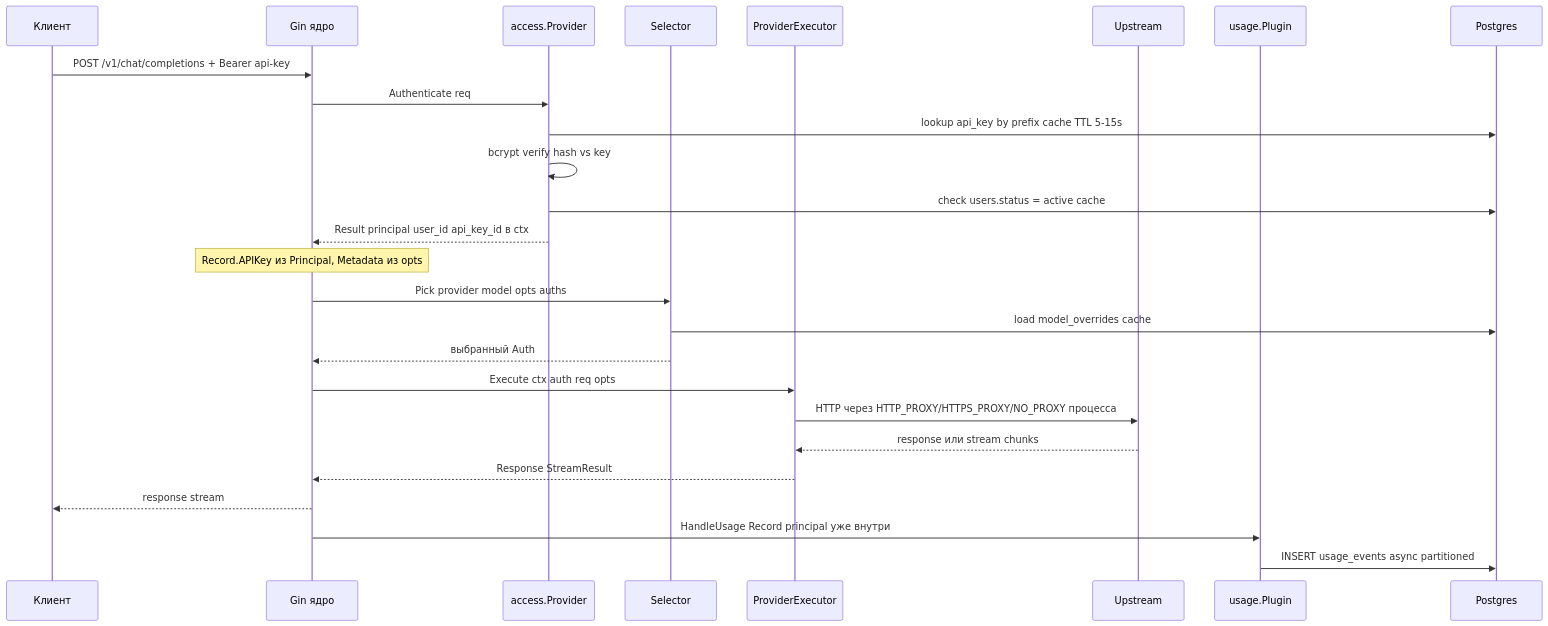
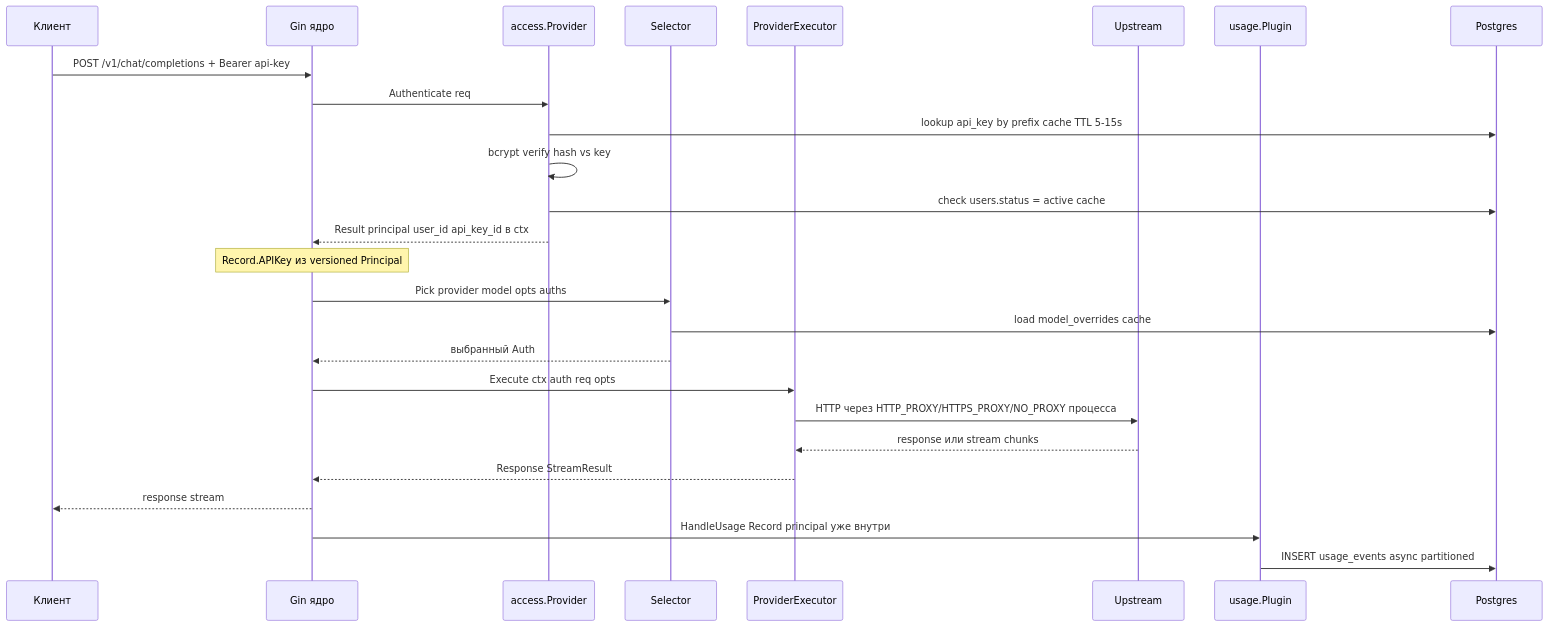
One commit to ilyast91/CLIProxyNew changed the third of 7 diagrams in docs/architecture.md. Above: the diagram before and after it, drawn with Mermaid. The commit also changed other lines of this file and 10 other files, not shown here.

````diff
--- a/docs/architecture.md
+++ b/docs/architecture.md
@@ -140,29 +140,29 @@
 ```mermaid
 sequenceDiagram
     participant App as Клиент
     participant Gin as Gin ядро
     participant AP as access.Provider
     participant Sel as Selector
     participant Exec as ProviderExecutor
     participant Up as Upstream
     participant USG as usage.Plugin
     participant DB as Postgres
 
     App->>Gin: POST /v1/chat/completions + Bearer api-key
     Gin->>AP: Authenticate req
     AP->>DB: lookup api_key by prefix cache TTL 5-15s
     AP->>AP: bcrypt verify hash vs key
     AP->>DB: check users.status = active cache
     AP-->>Gin: Result principal user_id api_key_id в ctx
-    Note over Gin: Record.APIKey из Principal, Metadata из opts
+    Note over Gin: Record.APIKey из versioned Principal
     Gin->>Sel: Pick provider model opts auths
     Sel->>DB: load model_overrides cache
     Sel-->>Gin: выбранный Auth
     Gin->>Exec: Execute ctx auth req opts
     Exec->>Up: HTTP через HTTP_PROXY/HTTPS_PROXY/NO_PROXY процесса
     Up-->>Exec: response или stream chunks
     Exec-->>Gin: Response StreamResult
     Gin-->>App: response stream
     Gin->>USG: HandleUsage Record principal уже внутри
     USG->>DB: INSERT usage_events async partitioned
 ```
````
